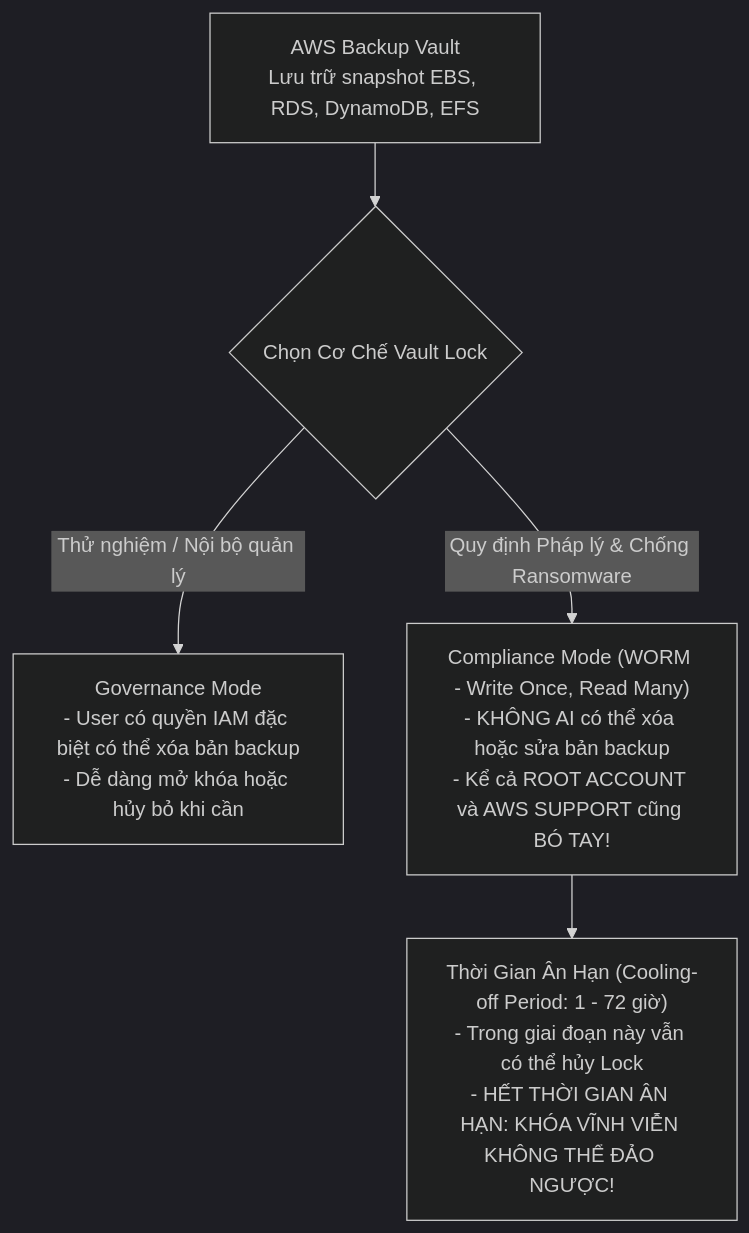
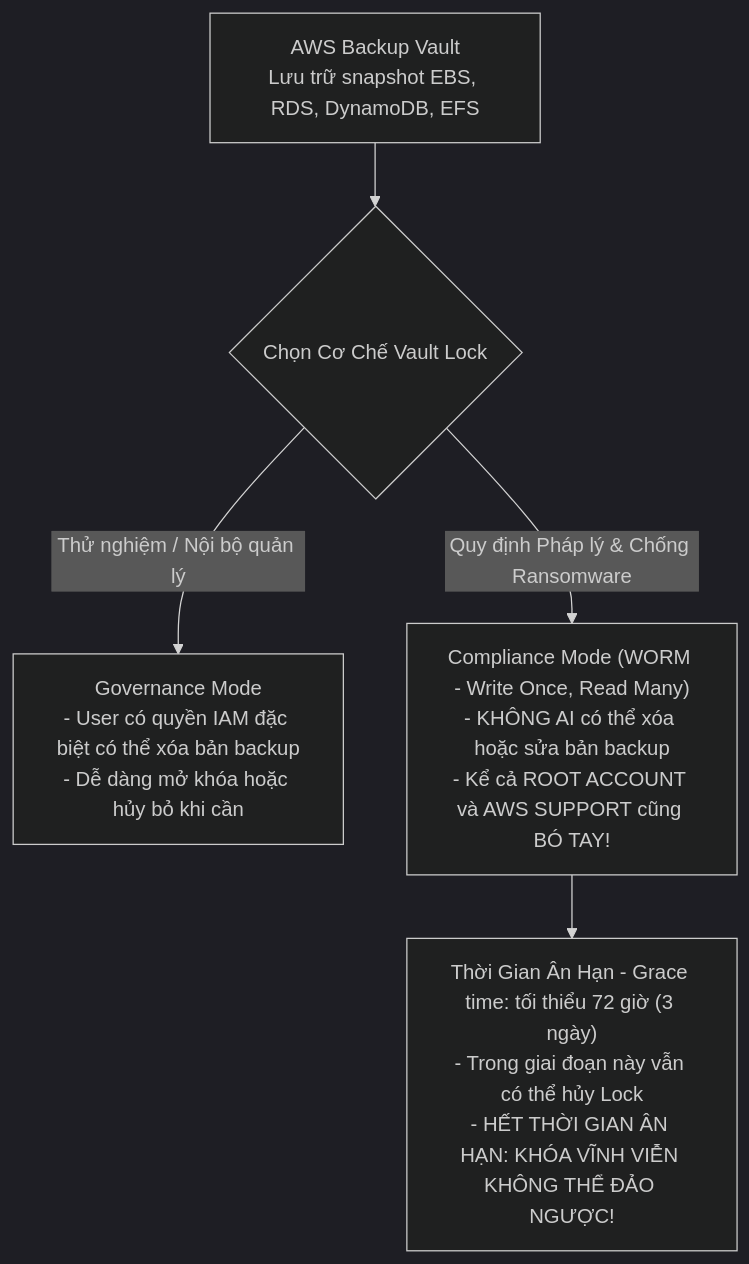
The seventh of 8 diagrams in AWS_Services/Disaster_Recovery_Migration.md (nhatphanhk/AWS_XBrain_Note), drawn with Mermaid (dark theme) before and after one commit. The commit also changed other lines of this file and 37 other files, not shown here.

````diff
--- a/AWS_Services/Disaster_Recovery_Migration.md
+++ b/AWS_Services/Disaster_Recovery_Migration.md
@@ -241,10 +245,10 @@
 ```mermaid
 flowchart TD
     Vault[AWS Backup Vault\nLưu trữ snapshot EBS, RDS, DynamoDB, EFS] --> LockChoice{Chọn Cơ Chế Vault Lock}
     
     LockChoice -->|Thử nghiệm / Nội bộ quản lý| GovMode["Governance Mode\n- User có quyền IAM đặc biệt có thể xóa bản backup\n- Dễ dàng mở khóa hoặc hủy bỏ khi cần"]
     
     LockChoice -->|Quy định Pháp lý & Chống Ransomware| CompMode["Compliance Mode (WORM - Write Once, Read Many)\n- KHÔNG AI có thể xóa hoặc sửa bản backup\n- Kể cả ROOT ACCOUNT và AWS SUPPORT cũng BÓ TAY!"]
     
-    CompMode --> CoolOff["Thời Gian Ân Hạn (Cooling-off Period: 1 - 72 giờ)\n- Trong giai đoạn này vẫn có thể hủy Lock\n- HẾT THỜI GIAN ÂN HẠN: KHÓA VĨNH VIỄN KHÔNG THỂ ĐẢO NGƯỢC!"]
+    CompMode --> CoolOff["Thời Gian Ân Hạn - Grace time: tối thiểu 72 giờ (3 ngày)\n- Trong giai đoạn này vẫn có thể hủy Lock\n- HẾT THỜI GIAN ÂN HẠN: KHÓA VĨNH VIỄN KHÔNG THỂ ĐẢO NGƯỢC!"]
 ```
````
